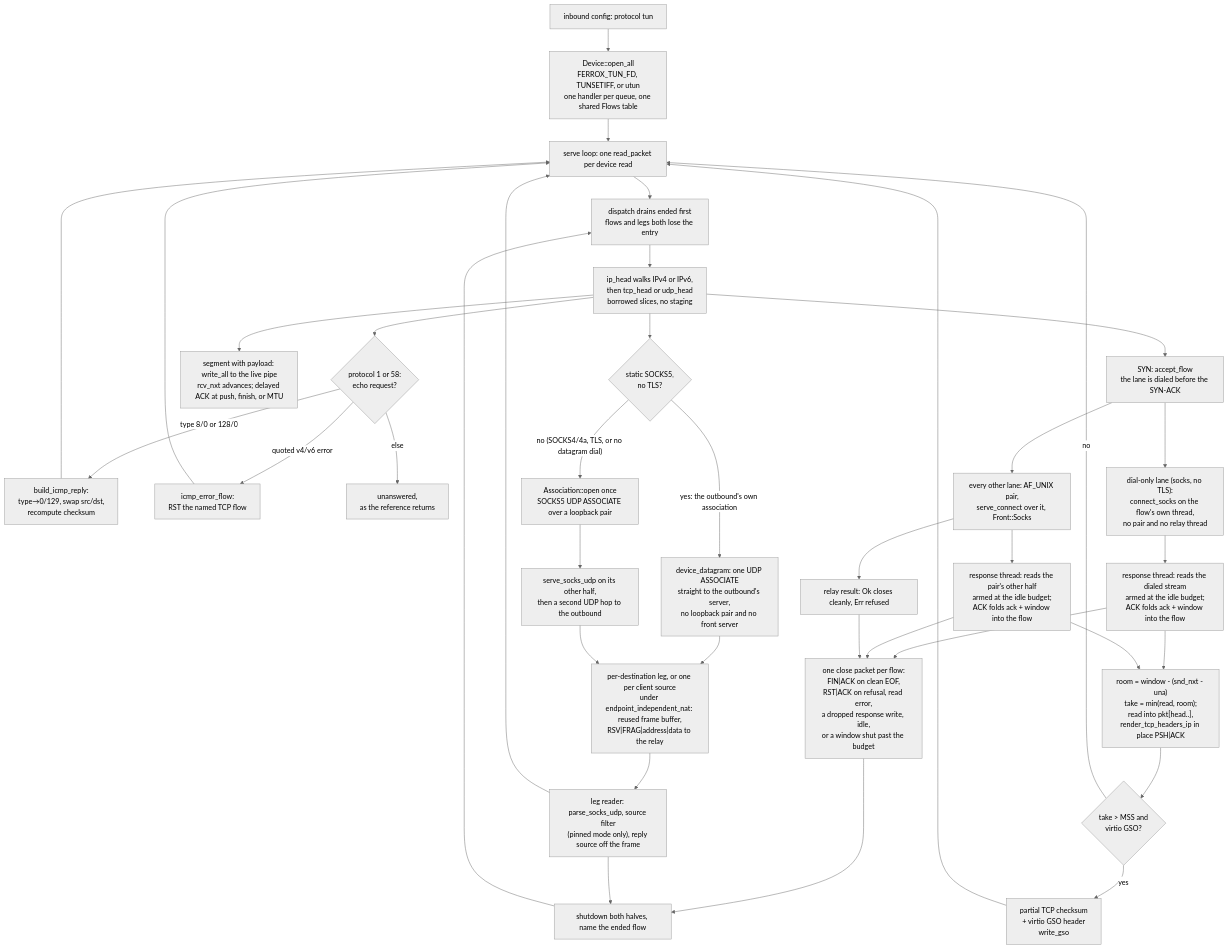
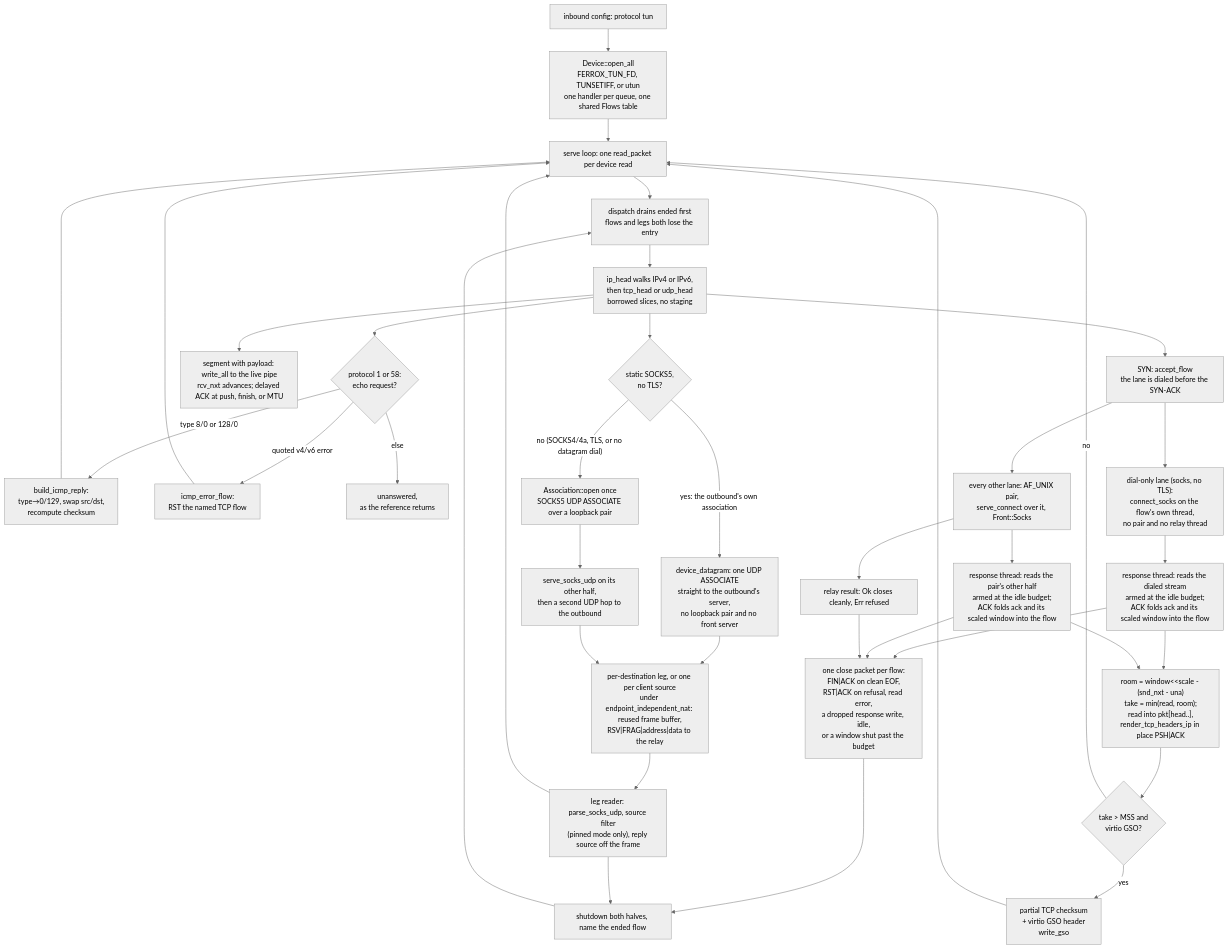
One commit to ferroxdev/ferrox changed the diagram in docs/function/front-tun.md. Above: the diagram before and after it, drawn with Mermaid (neutral theme). The commit also changed other lines of this file and 3 other files, not shown here.

First line of the commit message:
app: scale the TUN window and answer the MSS in the SYN-ACK

````diff
--- a/docs/function/front-tun.md
+++ b/docs/function/front-tun.md
@@ -17,40 +17,40 @@
 ```mermaid
 graph TD
     A["inbound config: protocol tun"] --> B["Device::open_all<br/>FERROX_TUN_FD, TUNSETIFF, or utun<br/>one handler per queue, one shared Flows table"]
     B --> C["serve loop: one read_packet per device read"]
     C --> O["dispatch drains ended first<br/>flows and legs both lose the entry"]
     O --> D["ip_head walks IPv4 or IPv6,<br/>then tcp_head or udp_head<br/>borrowed slices, no staging"]
     D --> IC{"protocol 1 or 58:<br/>echo request?"}
     IC -- "type 8/0 or 128/0" --> ICa["build_icmp_reply:<br/>type→0/129, swap src/dst,<br/>recompute checksum"]
     ICa --> C
     IC -- "quoted v4/v6 error" --> ICe["icmp_error_flow:<br/>RST the named TCP flow"]
     ICe --> C
     IC -- "else" --> ICx["unanswered,<br/>as the reference returns"]
     D --> E["SYN: accept_flow<br/>the lane is dialed before the SYN-ACK"]
     E --> FD["dial-only lane (socks, no TLS):<br/>connect_socks on the flow's own thread,<br/>no pair and no relay thread"]
     E --> F["every other lane: AF_UNIX pair,<br/>serve_connect over it, Front::Socks"]
     D --> G["segment with payload: write_all to the live pipe<br/>rcv_nxt advances; delayed ACK at push, finish, or MTU"]
-    FD --> HD["response thread: reads the dialed stream<br/>armed at the idle budget;<br/>ACK folds ack + window into the flow"]
-    F --> HP["response thread: reads the pair's other half<br/>armed at the idle budget;<br/>ACK folds ack + window into the flow"]
+    FD --> HD["response thread: reads the dialed stream<br/>armed at the idle budget;<br/>ACK folds ack and its scaled window into the flow"]
+    F --> HP["response thread: reads the pair's other half<br/>armed at the idle budget;<br/>ACK folds ack and its scaled window into the flow"]
     F --> HC["relay result: Ok closes cleanly, Err refused"]
-    HD --> I["room = window - (snd_nxt - una)<br/>take = min(read, room);<br/>read into pkt[head..],<br/>render_tcp_headers_ip in place PSH|ACK"]
+    HD --> I["room = window&lt;&lt;scale - (snd_nxt - una)<br/>take = min(read, room);<br/>read into pkt[head..],<br/>render_tcp_headers_ip in place PSH|ACK"]
     HP --> I
     I --> IG{"take > MSS and<br/>virtio GSO?"}
     IG -- "yes" --> IGa["partial TCP checksum<br/>+ virtio GSO header<br/>write_gso"]
     IG -- "no" --> C
     IGa --> C
     HD --> HF["one close packet per flow:<br/>FIN|ACK on clean EOF,<br/>RST|ACK on refusal, read error,<br/>a dropped response write, idle,<br/>or a window shut past the budget"]
     HP --> HF
     HC --> HF
     D --> JD{"static SOCKS5,<br/>no TLS?"}
     JD -- "yes: the outbound's own association" --> KD["device_datagram: one UDP ASSOCIATE<br/>straight to the outbound's server,<br/>no loopback pair and no front server"]
     JD -- "no (SOCKS4/4a, TLS, or no datagram dial)" --> JA["Association::open once<br/>SOCKS5 UDP ASSOCIATE over a loopback pair"]
     JA --> KA["serve_socks_udp on its other half,<br/>then a second UDP hop to the outbound"]
     KD --> L["per-destination leg, or one per client source<br/>under endpoint_independent_nat: reused frame buffer,<br/>RSV|FRAG|address|data to the relay"]
     KA --> L
     L --> M["leg reader: parse_socks_udp, source filter<br/>(pinned mode only), reply source off the frame"]
     M --> C
     HF --> N["shutdown both halves, name the ended flow"]
     M --> N
     N --> O
 ```
````
